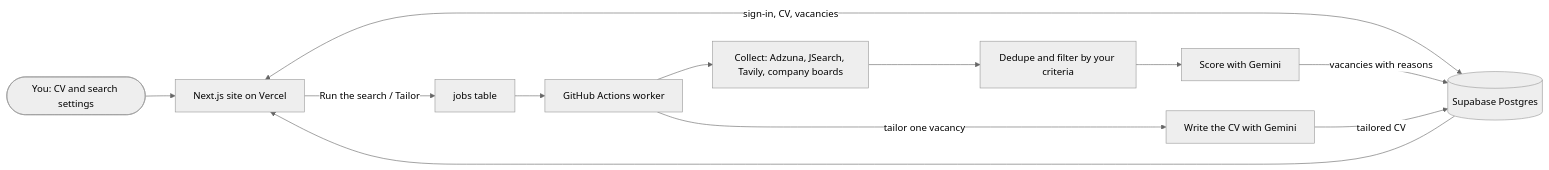
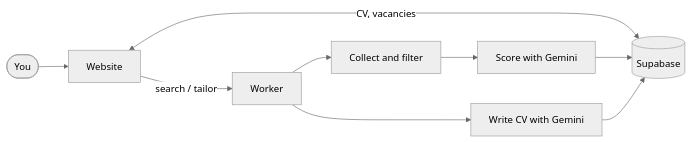
The diagram in README.md (ol1ak5/job-seeker), drawn with Mermaid (neutral theme) before and after one commit.

Commit message:
Shorten the README diagram so it reads at full width

````diff
--- a/README.md
+++ b/README.md
@@ -11,14 +11,11 @@
 ```mermaid
 flowchart LR
-    You(["You: CV and search settings"]) --> Site["Next.js site on Vercel"]
-    Site <-->|"sign-in, CV, vacancies"| DB[("Supabase Postgres")]
-    Site -->|"Run the search / Tailor"| Jobs["jobs table"]
-    Jobs --> GH["GitHub Actions worker"]
-    GH --> Collect["Collect: Adzuna, JSearch, Tavily, company boards"]
-    Collect --> Filter["Dedupe and filter by your criteria"]
-    Filter --> Score["Score with Gemini"]
-    Score -->|"vacancies with reasons"| DB
-    GH -->|"tailor one vacancy"| Write["Write the CV with Gemini"]
-    Write -->|"tailored CV"| DB
-    DB --> Site
+    You(["You"]) --> Site["Website"]
+    Site <-->|"CV, vacancies"| DB[("Supabase")]
+    Site -->|"search / tailor"| Worker["Worker"]
+    Worker --> Find["Collect and filter"]
+    Find --> Score["Score with Gemini"]
+    Score --> DB
+    Worker --> Write["Write CV with Gemini"]
+    Write --> DB
 ```
````
